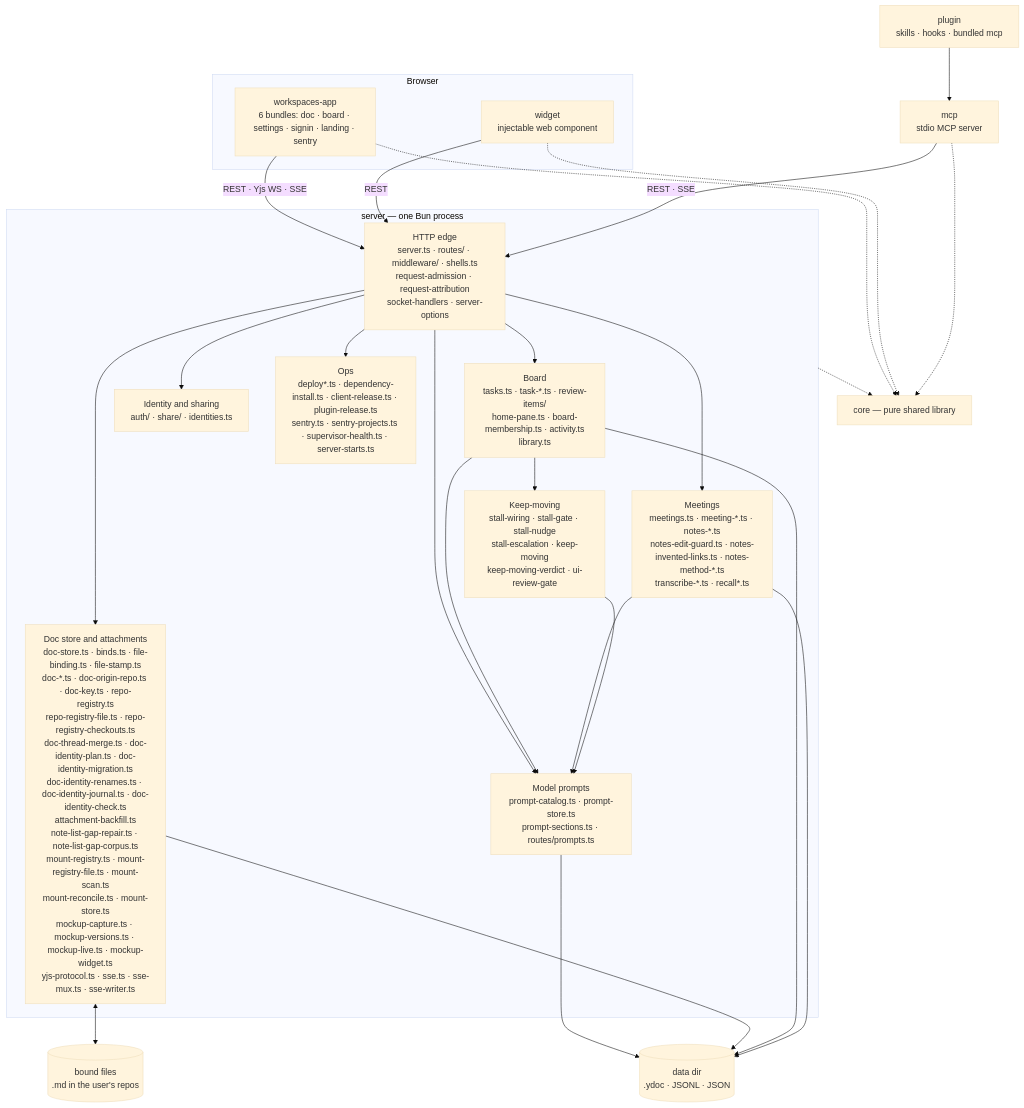
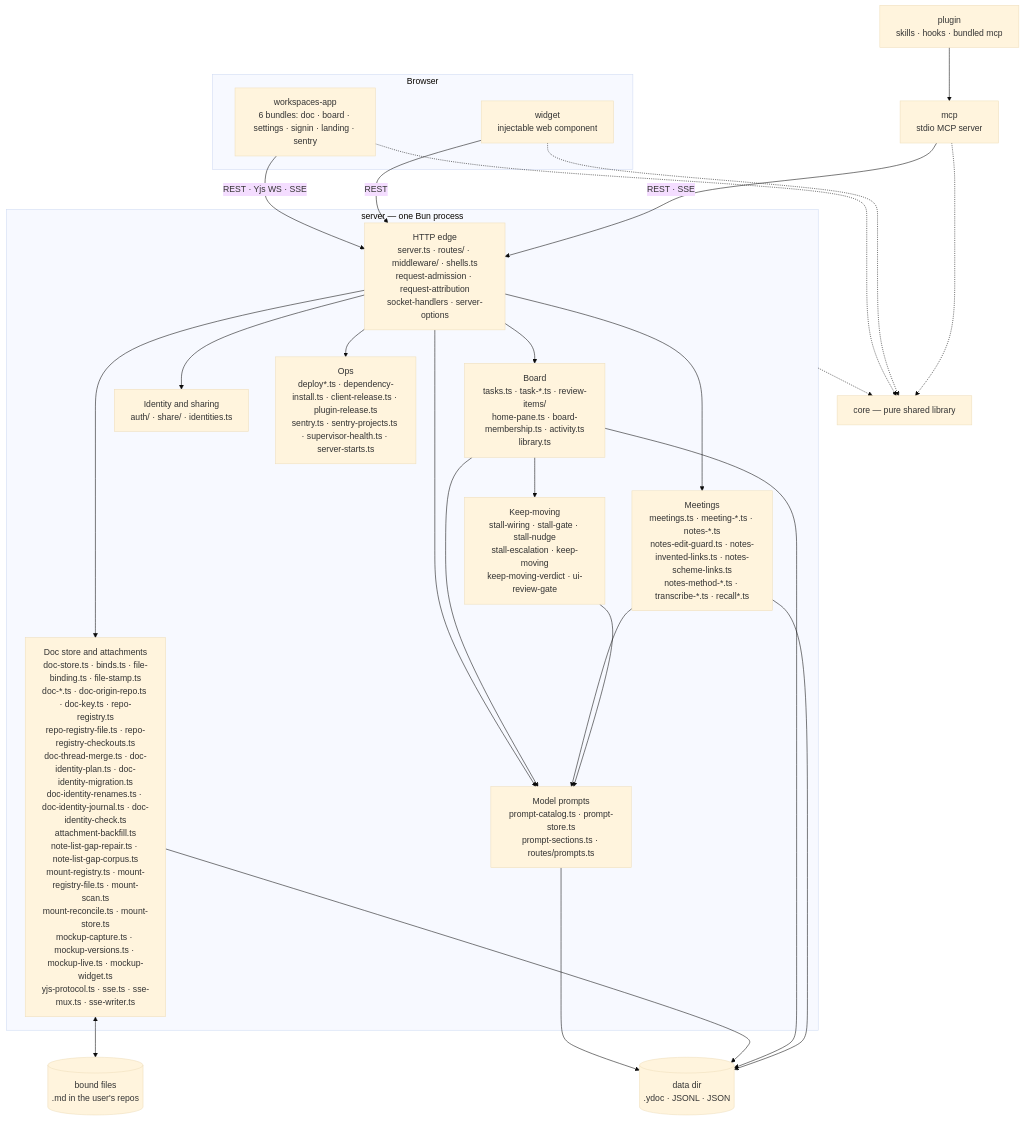
The first of 2 diagrams in docs/architecture/overview.md (fryanpan/claude-workspaces-plugin), drawn with Mermaid (base theme) before and after one commit. The commit also changed other lines of this file and 1 other file, not shown here.

First line of the commit message:
The applier resolves a scheme citation before it judges addresses

````diff
--- a/docs/architecture/overview.md
+++ b/docs/architecture/overview.md
@@ -45,35 +45,35 @@
 ```mermaid
 flowchart TB
   subgraph browser[Browser]
     app["workspaces-app<br/>6 bundles: doc · board · settings · signin · landing · sentry"]
     wid["widget<br/>injectable web component"]
   end
   plug["plugin<br/>skills · hooks · bundled mcp"]
   mcp["mcp<br/>stdio MCP server"]
   subgraph srv["server — one Bun process"]
     edge["HTTP edge<br/>server.ts · routes/ · middleware/ · shells.ts<br/>request-admission · request-attribution<br/>socket-handlers · server-options"]
     docs["Doc store and attachments<br/>doc-store.ts · binds.ts · file-binding.ts · file-stamp.ts<br/>doc-*.ts · doc-origin-repo.ts · doc-key.ts · repo-registry.ts<br/>repo-registry-file.ts · repo-registry-checkouts.ts<br/>doc-thread-merge.ts · doc-identity-plan.ts · doc-identity-migration.ts<br/>doc-identity-renames.ts · doc-identity-journal.ts · doc-identity-check.ts<br/>attachment-backfill.ts<br/>note-list-gap-repair.ts · note-list-gap-corpus.ts<br/>mount-registry.ts · mount-registry-file.ts · mount-scan.ts<br/>mount-reconcile.ts · mount-store.ts<br/>mockup-capture.ts · mockup-versions.ts · mockup-live.ts · mockup-widget.ts<br/>yjs-protocol.ts · sse.ts · sse-mux.ts · sse-writer.ts"]
     board["Board<br/>tasks.ts · task-*.ts · review-items/<br/>home-pane.ts · board-membership.ts · activity.ts<br/>library.ts"]
-    meet["Meetings<br/>meetings.ts · meeting-*.ts · notes-*.ts<br/>notes-edit-guard.ts · notes-invented-links.ts · notes-method-*.ts<br/>transcribe-*.ts · recall*.ts"]
+    meet["Meetings<br/>meetings.ts · meeting-*.ts · notes-*.ts<br/>notes-edit-guard.ts · notes-invented-links.ts · notes-scheme-links.ts<br/>notes-method-*.ts · transcribe-*.ts · recall*.ts"]
     keep["Keep-moving<br/>stall-wiring · stall-gate · stall-nudge<br/>stall-escalation · keep-moving<br/>keep-moving-verdict · ui-review-gate"]
     ident["Identity and sharing<br/>auth/ · share/ · identities.ts"]
     prompts["Model prompts<br/>prompt-catalog.ts · prompt-store.ts<br/>prompt-sections.ts · routes/prompts.ts"]
     ops["Ops<br/>deploy*.ts · dependency-install.ts · client-release.ts · plugin-release.ts<br/>sentry.ts · sentry-projects.ts · supervisor-health.ts · server-starts.ts"]
   end
   core["core — pure shared library"]
   disk[("data dir<br/>.ydoc · JSONL · JSON")]
   files[("bound files<br/>.md in the user's repos")]
 
   app -->|"REST · Yjs WS · SSE"| edge
   wid -->|REST| edge
   plug --> mcp
   mcp -->|"REST · SSE"| edge
   edge --> docs & board & meet & ident & ops & prompts
   board & meet & keep --> prompts
   prompts --> disk
   board --> keep
   docs <--> files
   docs & board & meet --> disk
   app & wid & mcp -.-> core
   srv -.-> core
 ```
````
